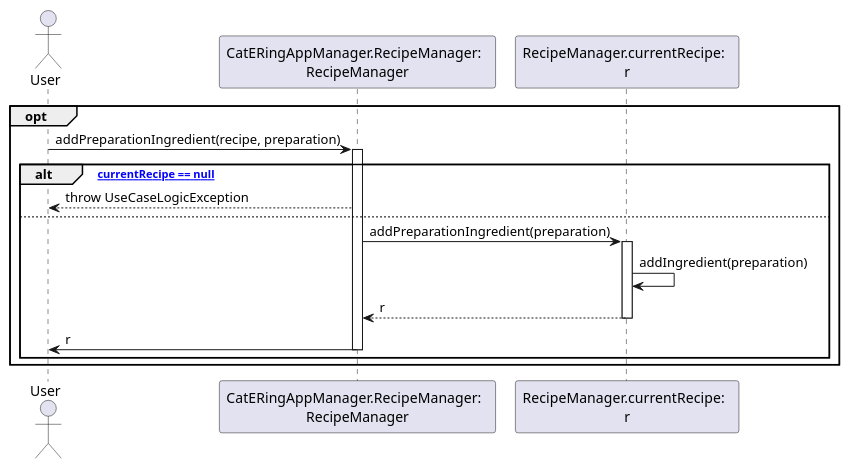
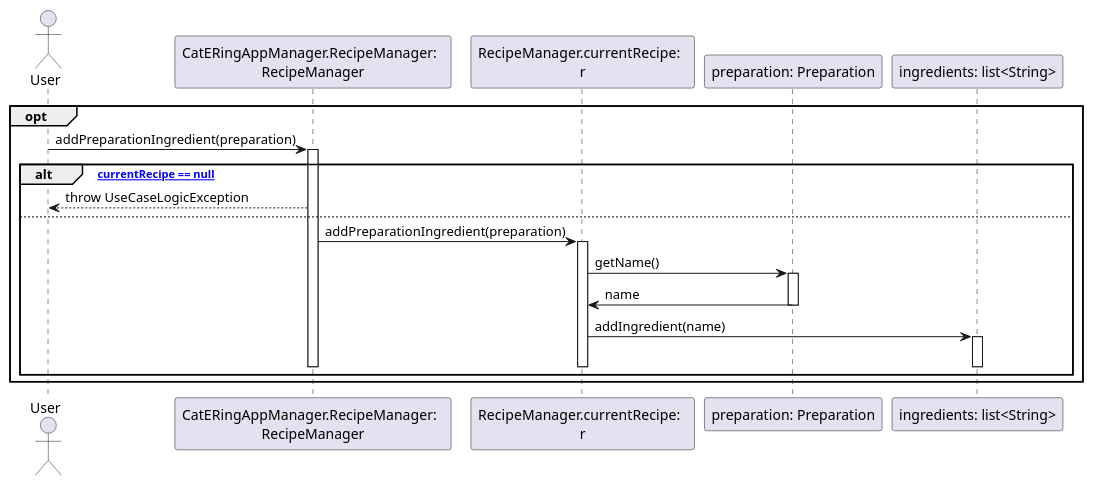
Before and after one commit to m0canu1/sas: the diagram in dsd/dsd-ricette/3a-addPreparationIngredient.md, drawn with PlantUML. The commit also changed 8 other files, not shown here.

````diff
--- a/dsd/dsd-ricette/3a-addPreparationIngredient.md
+++ b/dsd/dsd-ricette/3a-addPreparationIngredient.md
@@ -1,26 +1,30 @@
 ```plantuml
 
 Actor User
 Participant "CatERingAppManager.RecipeManager:  \nRecipeManager" as RM
 Participant "RecipeManager.currentRecipe:  \nr" as CR
 
 opt 
 
-	User -> RM: addPreparationIngredient(recipe, preparation)
+	User -> RM: addPreparationIngredient(preparation)
 	Activate RM
 
 	alt ["currentRecipe == null"]
 		RM --> User: throw UseCaseLogicException
 	else 
-		RM -> CR: addPreparationIngredient(preparation)
+		RM -> CR:  addPreparationIngredient(preparation)
 		Activate CR
-		CR -> CR: addIngredient(preparation)
-		CR --> RM: r
+		CR -> "preparation: Preparation": getName()
+		Activate "preparation: Preparation"
+		"preparation: Preparation" -> CR: name
+		Deactivate "preparation: Preparation"
+		CR -> "ingredients: list<String>": addIngredient(name)
+		Activate "ingredients: list<String>"
+		Deactivate "ingredients: list<String>"
 		Deactivate CR
-		RM -> User: r
 		Deactivate RM
 	end
 
 end
 
 ```
````
